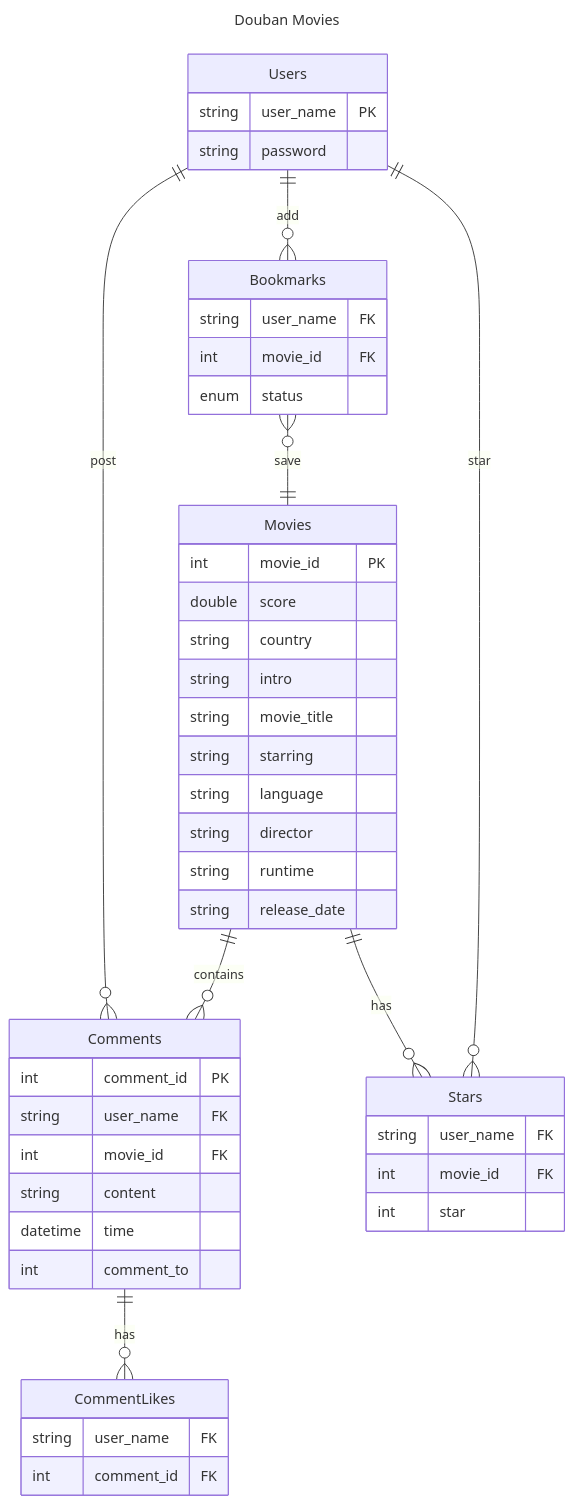
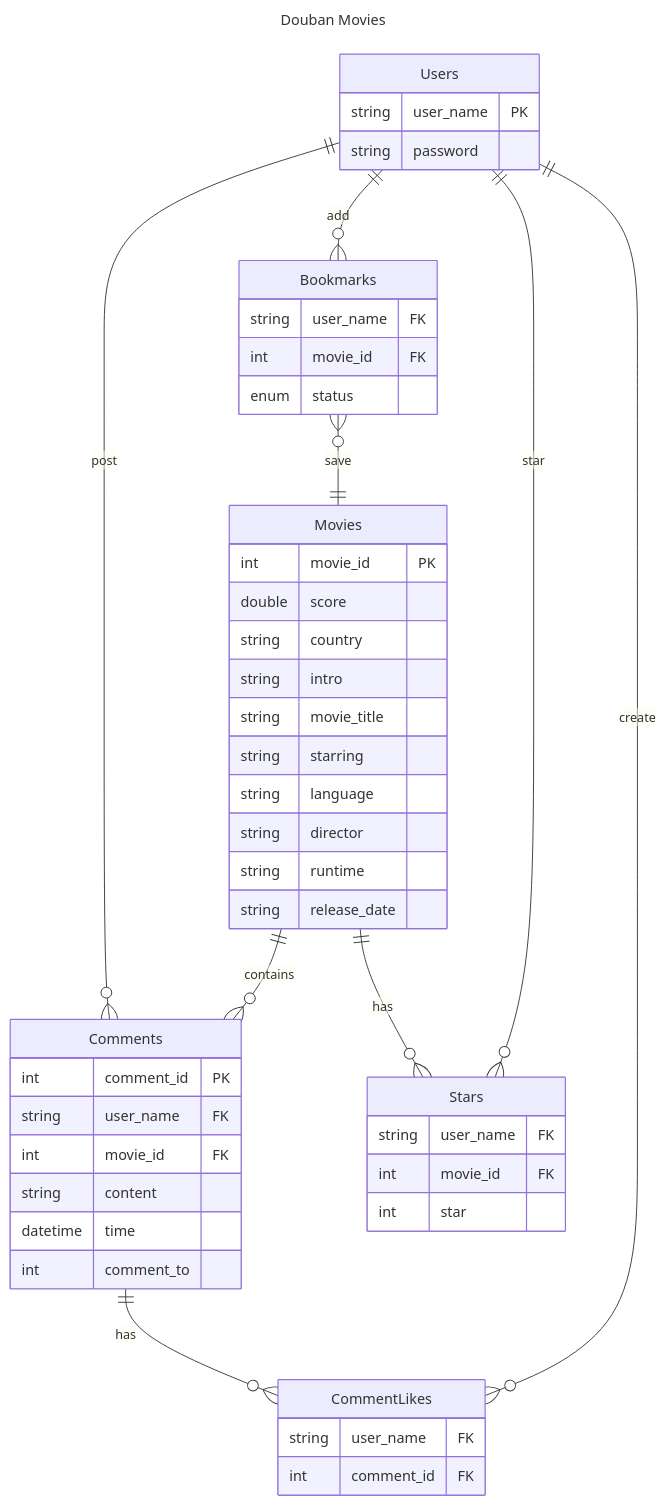
One commit to KelvinQiu802/douban-comp2013j-server changed the diagram in README.md. Above: the diagram before and after it, drawn with Mermaid.

Commit message:
docs: update er diagram

````diff
--- a/README.md
+++ b/README.md
@@ -18,57 +18,58 @@
 ```mermaid
 ---
 title: Douban Movies
 ---
 erDiagram
 		Movies ||--o{ Comments : contains
 		Comments ||--o{ CommentLikes : has
 		Users ||--o{ Comments : post
 		Users ||--o{ Bookmarks : add
 		Bookmarks }o--|| Movies : save
 		Users ||--o{ Stars : star
 		Movies ||--o{ Stars : has
+		Users ||--o{ CommentLikes : create
 
 		Movies {
 			int movie_id PK
 			double score
 			string country
 			string intro
 			string movie_title
 			string starring
 			string language
 			string director
 			string runtime
 			string release_date
 		}
 		
 		Users {
 			string user_name PK
 			string password
 		}
 		
 		Stars {
 			string user_name FK
 			int movie_id FK
 			int star
 		}
 		
 		Bookmarks {
 			string user_name FK
 			int movie_id FK
 			enum status
 		}
 		
 		Comments {
 			int comment_id PK
 			string user_name FK
 			int movie_id FK
 			string content
 			datetime time
 			int comment_to
 		}
 		
 		CommentLikes {
 			string user_name FK
 			int comment_id FK
 		}
 ```
````
